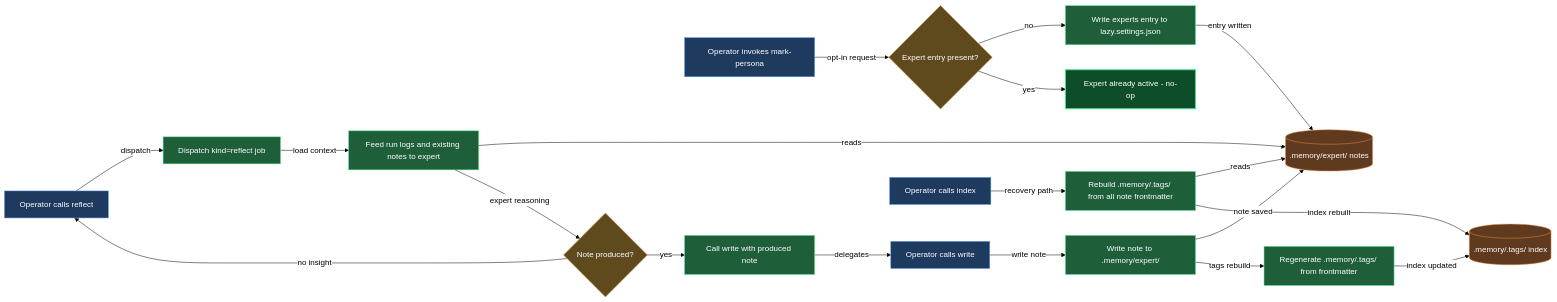
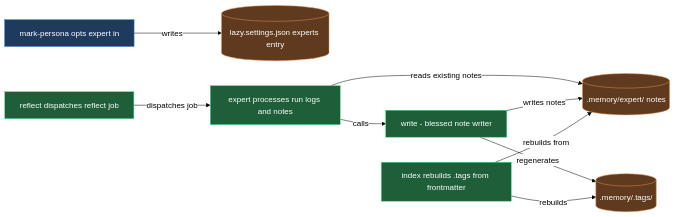
One commit to mebius-san/lazy-cortex changed the diagram in claude/lazycortex-core/help/memory.md. Above: the diagram before and after it, drawn with Mermaid. The commit also changed other lines of this file and 24 other files, not shown here.

````diff
--- a/claude/lazycortex-core/help/memory.md
+++ b/claude/lazycortex-core/help/memory.md
@@ -58,69 +64,34 @@
 ```mermaid
 %%{init: {'themeVariables':{'background':'transparent','lineColor':'#000','textColor':'#000','edgeLabelBackground':'#fff'},'themeCSS':'.edgeLabel{background-color:transparent!important}.edgeLabel p{background-color:transparent!important}','flowchart':{'diagramPadding':5,'useMaxWidth':true}}}%%
 flowchart LR
-  operatorInvokesMarkPersona[Operator invokes mark-persona]
-  expertOptedIn{Expert entry present?}
-  writeSettingsEntry[Write experts entry to lazy.settings.json]
-  expertAlreadyActive[Expert already active - no-op]
+  markPersona[mark-persona opts expert in]
+  expertSettings[(lazy.settings.json experts entry)]
+  reflectSkill[reflect dispatches reflect job]
+  expertProcess[expert processes run logs and notes]
+  writeSkill[write - blessed note writer]
+  expertNotes[(.memory/expert/ notes)]
+  tagsDir[(.memory/.tags/)]
+  indexSkill[index rebuilds .tags from frontmatter]
 
-  operatorCallsWrite[Operator calls write]
-  writeNoteFile[Write note to .memory/expert/]
-  regenerateTags[Regenerate .memory/.tags/ from frontmatter]
-
-  operatorCallsReflect[Operator calls reflect]
-  dispatchReflectJob[Dispatch kind=reflect job]
-  feedLogsAndNotes[Feed run logs and existing notes to expert]
-  expertProducesNote{Note produced?}
-  reflectCallsWrite[Call write with produced note]
-
-  operatorCallsIndex[Operator calls index]
-  rebuildTagsFromFrontmatter[Rebuild .memory/.tags/ from all note frontmatter]
-
-  memoryNotes[(.memory/expert/ notes)]
-  memoryTags[(.memory/.tags/ index)]
-
-  operatorInvokesMarkPersona -->|opt-in request| expertOptedIn
-  expertOptedIn -->|no| writeSettingsEntry
-  expertOptedIn -->|yes| expertAlreadyActive
-  writeSettingsEntry -->|entry written| memoryNotes
-
-  operatorCallsWrite -->|write note| writeNoteFile
-  writeNoteFile -->|note saved| memoryNotes
-  writeNoteFile -->|tags rebuild| regenerateTags
-  regenerateTags -->|index updated| memoryTags
-
-  operatorCallsReflect -->|dispatch| dispatchReflectJob
-  dispatchReflectJob -->|load context| feedLogsAndNotes
-  feedLogsAndNotes -->|reads| memoryNotes
-  feedLogsAndNotes -->|expert reasoning| expertProducesNote
-  expertProducesNote -->|yes| reflectCallsWrite
-  expertProducesNote -->|no insight| operatorCallsReflect
-  reflectCallsWrite -->|delegates| operatorCallsWrite
-
-  operatorCallsIndex -->|recovery path| rebuildTagsFromFrontmatter
-  rebuildTagsFromFrontmatter -->|reads| memoryNotes
-  rebuildTagsFromFrontmatter -->|index rebuilt| memoryTags
+  markPersona -->|writes| expertSettings
+  reflectSkill -->|dispatches job| expertProcess
+  expertProcess -->|reads existing notes| expertNotes
+  expertProcess -->|calls| writeSkill
+  writeSkill -->|writes notes| expertNotes
+  writeSkill -->|regenerates| tagsDir
+  indexSkill -->|rebuilds from| expertNotes
+  indexSkill -->|rebuilds| tagsDir
 
   classDef entry fill:#1e3a5f,stroke:#4a90e2,color:#fff
-  classDef guard fill:#5f4a1e,stroke:#e2a14a,color:#fff
   classDef action fill:#1e5f3a,stroke:#4ae290,color:#fff
-  classDef success fill:#0d4d2a,stroke:#4ae290,color:#fff,stroke-width:2px
   classDef store fill:#5f3a1e,stroke:#e2904a,color:#fff
 
-  class operatorInvokesMarkPersona entry
-  class operatorCallsWrite entry
-  class operatorCallsReflect entry
-  class operatorCallsIndex entry
-  class expertOptedIn guard
-  class expertProducesNote guard
-  class writeSettingsEntry action
-  class writeNoteFile action
-  class regenerateTags action
-  class dispatchReflectJob action
-  class feedLogsAndNotes action
-  class reflectCallsWrite action
-  class rebuildTagsFromFrontmatter action
-  class expertAlreadyActive success
-  class memoryNotes store
-  class memoryTags store
+  class markPersona entry
+  class reflectSkill action
+  class expertProcess action
+  class writeSkill action
+  class indexSkill action
+  class expertSettings store
+  class expertNotes store
+  class tagsDir store
 ```
````
